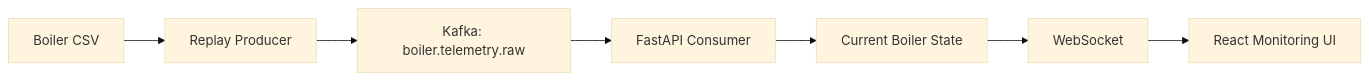
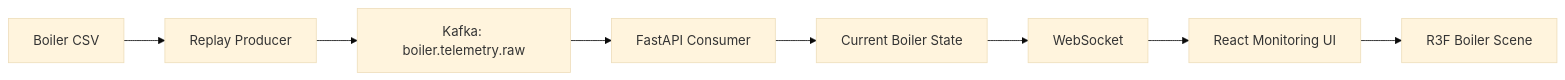
The diagram in .project/plan.md (seoheejung/boiler-ops-agent), drawn with Mermaid (base theme) before and after one commit. The commit also changed other lines of this file and 9 other files, not shown here.

````diff
--- a/.project/plan.md
+++ b/.project/plan.md
@@ -132,9 +176,10 @@
 ```mermaid
 flowchart LR
     CSV["Boiler CSV"] --> Replay["Replay Producer"]
     Replay --> Kafka["Kafka: boiler.telemetry.raw"]
     Kafka --> API["FastAPI Consumer"]
     API --> State["Current Boiler State"]
     State --> WS["WebSocket"]
     WS --> UI["React Monitoring UI"]
+    UI --> Scene["R3F Boiler Scene"]
 ```
````
